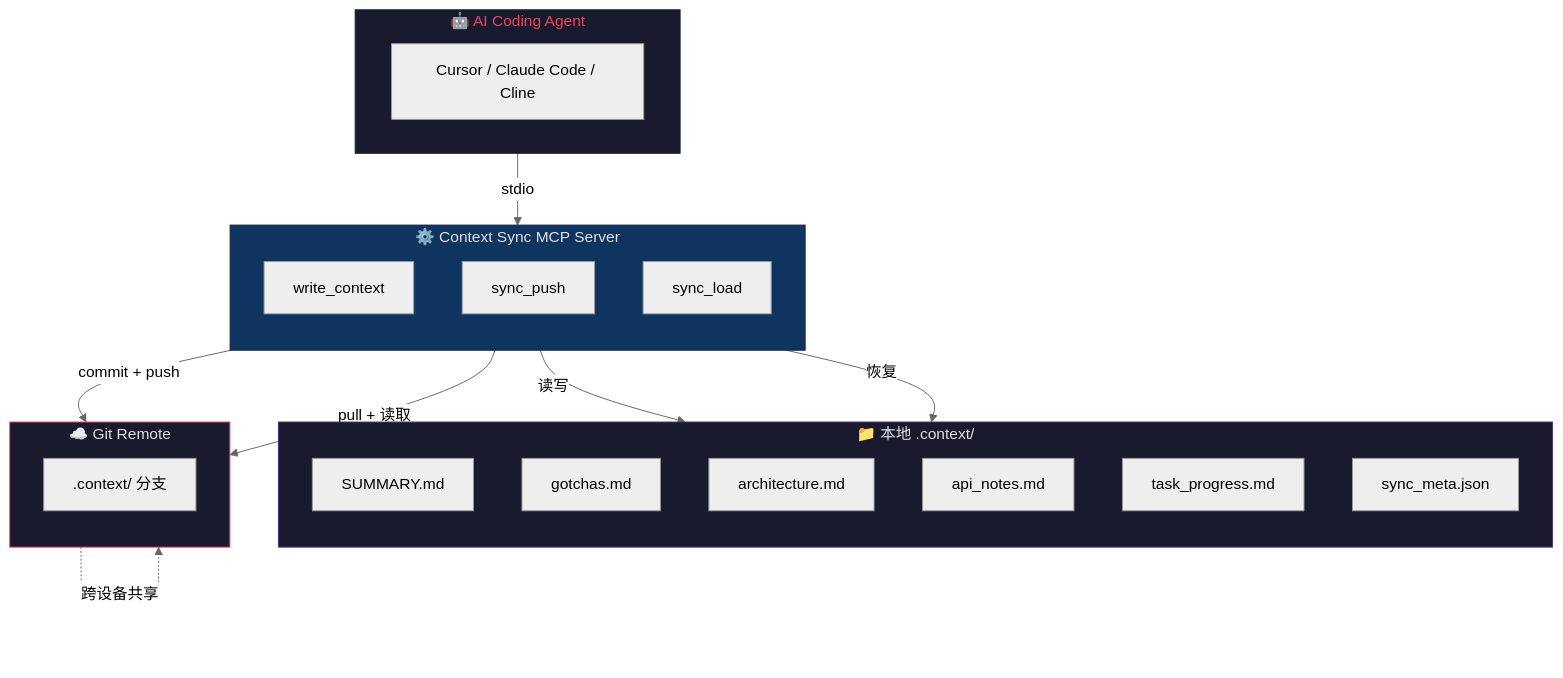
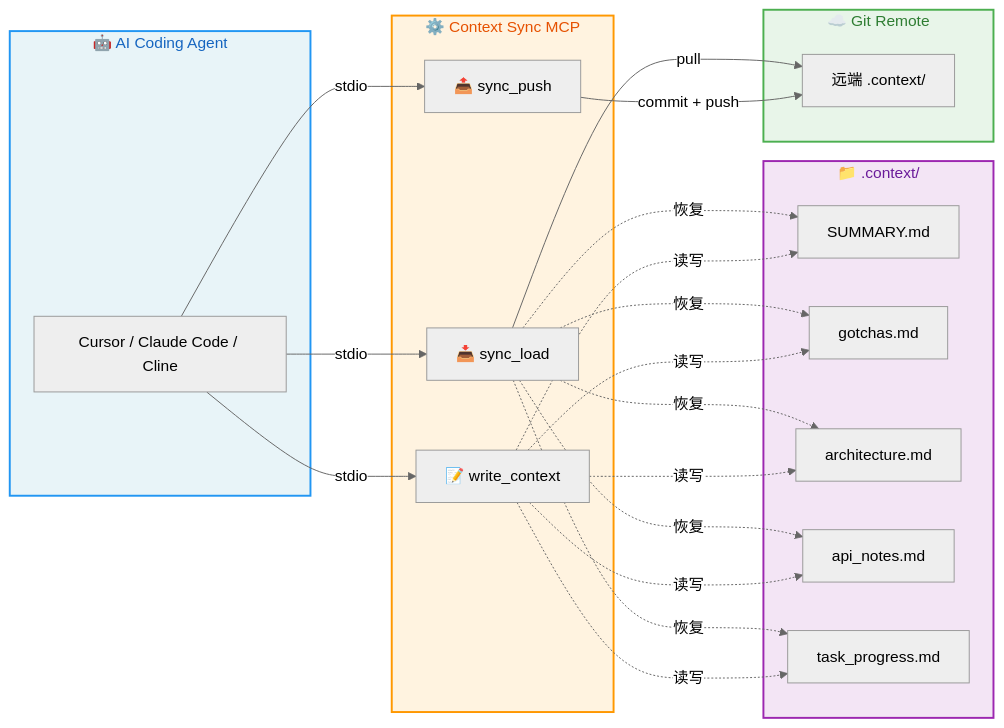
Before and after one commit to 1EchA/context-sync-mcp: the first of 2 diagrams in README.md, drawn with Mermaid (neutral theme). The commit also changed other lines of this file, not shown here.

Commit message:
style: redesign architecture & data flow diagrams for better aesthetics

````diff
--- a/README.md
+++ b/README.md
@@ -56,41 +56,35 @@
 ```mermaid
-graph TB
-    subgraph Agent["🤖 AI Coding Agent"]
-        direction LR
-        A1["Cursor / Claude Code / Cline"]
+graph LR
+    subgraph Agent ["🤖 AI Coding Agent"]
+        A["Cursor / Claude Code / Cline"]
     end
 
-    subgraph MCP["⚙️ Context Sync MCP Server"]
-        direction TB
-        T1["write_context"]
-        T2["sync_push"]
-        T3["sync_load"]
+    subgraph Server ["⚙️ Context Sync MCP"]
+        W["📝 write_context"]
+        P["📤 sync_push"]
+        L["📥 sync_load"]
     end
 
-    subgraph Local["📁 本地 .context/"]
-        direction TB
+    subgraph Files ["📁 .context/"]
         F1["SUMMARY.md"]
         F2["gotchas.md"]
         F3["architecture.md"]
         F4["api_notes.md"]
         F5["task_progress.md"]
-        F6["sync_meta.json"]
     end
 
-    subgraph Remote["☁️ Git Remote"]
-        direction TB
-        R1[".context/ 分支"]
+    subgraph Git ["☁️ Git Remote"]
+        R["远端 .context/"]
     end
 
-    Agent -->|"stdio"| MCP
-    T1 -->|"读写"| Local
-    T2 -->|"commit + push"| Remote
-    T3 -->|"pull + 读取"| Remote
-    T3 -->|"恢复"| Local
-    Remote -.->|"跨设备共享"| Remote
+    A -- "stdio" --> W & P & L
+    W -. "读写" .-> F1 & F2 & F3 & F4 & F5
+    P -- "commit + push" --> R
+    L -- "pull" --> R
+    L -. "恢复" .-> F1 & F2 & F3 & F4 & F5
 
-    style Agent fill:#1a1a2e,stroke:#16213e,color:#e94560
-    style MCP fill:#0f3460,stroke:#16213e,color:#e2e2e2
-    style Local fill:#1a1a2e,stroke:#533483,color:#e2e2e2
-    style Remote fill:#1a1a2e,stroke:#e94560,color:#e2e2e2
+    style Agent fill:#e8f4f8,stroke:#2196F3,stroke-width:2px,color:#1565C0
+    style Server fill:#fff3e0,stroke:#FF9800,stroke-width:2px,color:#E65100
+    style Files fill:#f3e5f5,stroke:#9C27B0,stroke-width:2px,color:#6A1B9A
+    style Git fill:#e8f5e9,stroke:#4CAF50,stroke-width:2px,color:#2E7D32
 ```
````
